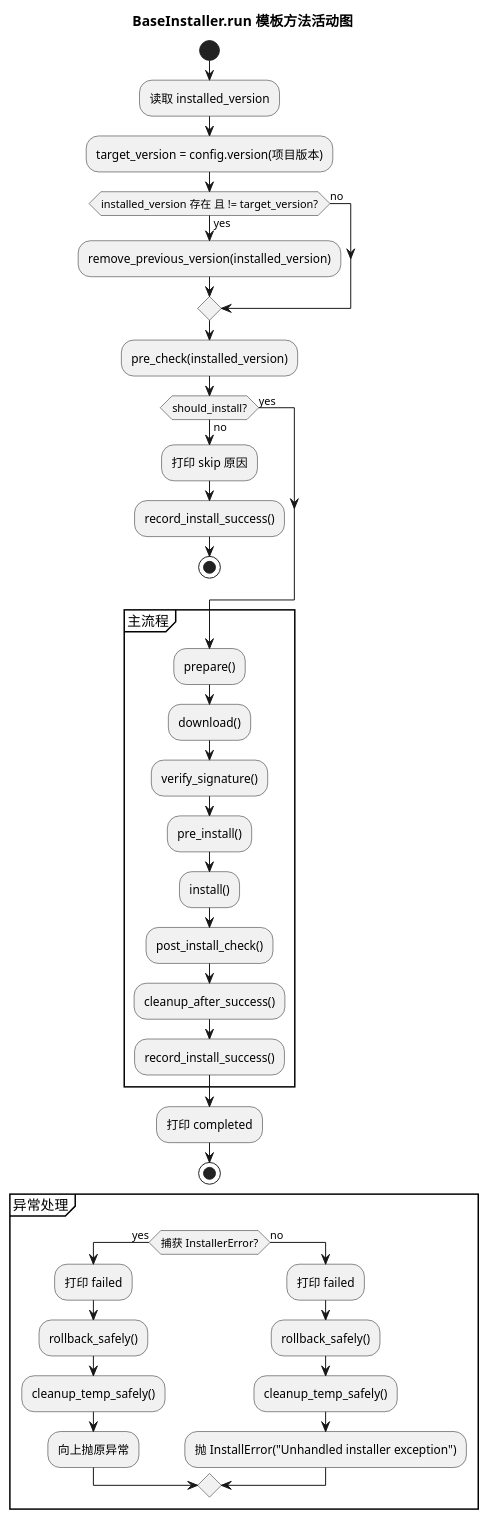
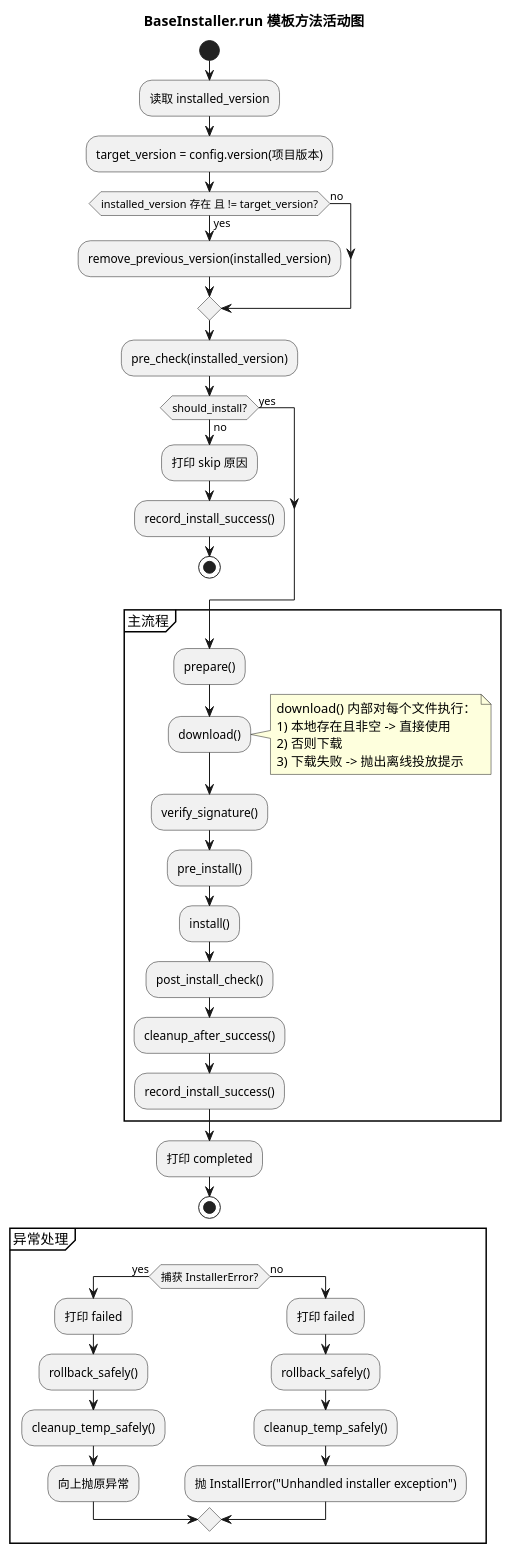
One commit to F350150/package changed the diagram in docs/puml/installer_template_activity.puml. Above: the diagram before and after it, drawn with PlantUML. The commit also changed 46 other files, not shown here.

Commit message:
feat: refactor installer flow and docs with offline-first runtime design

```diff
--- a/docs/puml/installer_template_activity.puml
+++ b/docs/puml/installer_template_activity.puml
@@ -1,50 +1,56 @@
 @startuml
 
 title BaseInstaller.run 模板方法活动图
 
 start
 :读取 installed_version;
 :target_version = config.version(项目版本);
 
 if (installed_version 存在 且 != target_version?) then (yes)
   :remove_previous_version(installed_version);
 else (no)
 endif
 
 :pre_check(installed_version);
 if (should_install?) then (no)
   :打印 skip 原因;
   :record_install_success();
   stop
 else (yes)
 endif
 
 partition "主流程" {
   :prepare();
   :download();
+  note right
+    download() 内部对每个文件执行：
+    1) 本地存在且非空 -> 直接使用
+    2) 否则下载
+    3) 下载失败 -> 抛出离线投放提示
+  end note
   :verify_signature();
   :pre_install();
   :install();
   :post_install_check();
   :cleanup_after_success();
   :record_install_success();
 }
 
 :打印 completed;
 stop
 
 partition "异常处理" {
   if (捕获 InstallerError?) then (yes)
     :打印 failed;
     :rollback_safely();
     :cleanup_temp_safely();
     :向上抛原异常;
   else (no)
     :打印 failed;
     :rollback_safely();
     :cleanup_temp_safely();
     :抛 InstallError("Unhandled installer exception");
   endif
 }
 
 @enduml
```
